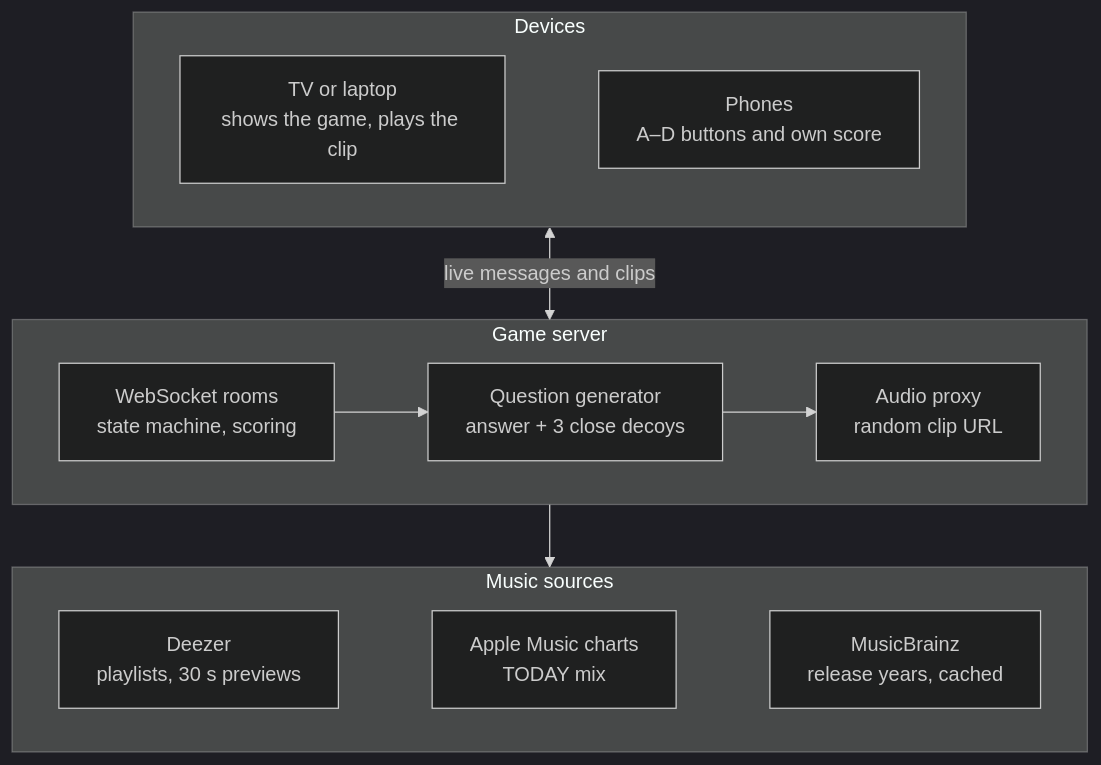
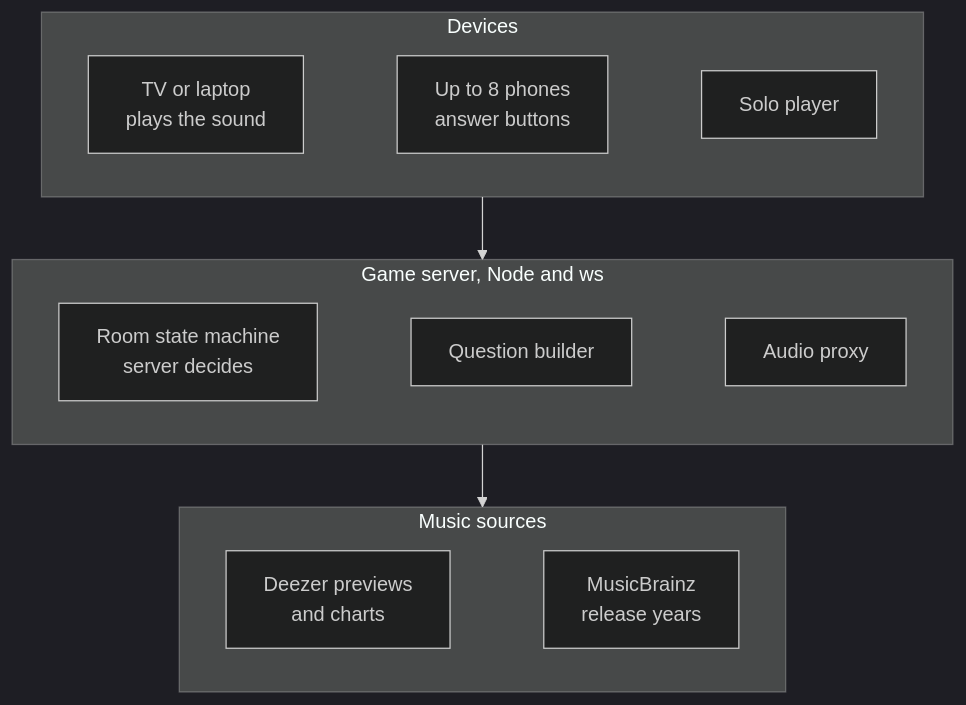
Before and after one commit to bhnsadhu/replay: the diagram in README.md, drawn with Mermaid (dark theme). The commit also changed other lines of this file, not shown here.

````diff
--- a/README.md
+++ b/README.md
@@ -45,22 +40,17 @@
 ```mermaid
 flowchart TD
-  subgraph dev["Devices"]
+  subgraph devices["Devices"]
     direction LR
-    tv["TV or laptop<br/>shows the game, plays the clip"]
-    ph["Phones<br/>A–D buttons and own score"]
-    tv ~~~ ph
+    tv["TV or laptop<br/>plays the sound"] ~~~ phones["Up to 8 phones<br/>answer buttons"] ~~~ solo["Solo player"]
   end
-  subgraph srv["Game server"]
+  subgraph server["Game server, Node and ws"]
     direction LR
-    ws["WebSocket rooms<br/>state machine, scoring"] --> q["Question generator<br/>answer + 3 close decoys"] --> audio["Audio proxy<br/>random clip URL"]
+    rooms["Room state machine<br/>server decides"] ~~~ q["Question builder"] ~~~ audio["Audio proxy"]
   end
-  subgraph music["Music sources"]
+  subgraph src["Music sources"]
     direction LR
-    deezer["Deezer<br/>playlists, 30 s previews"]
-    apple["Apple Music charts<br/>TODAY mix"]
-    mb["MusicBrainz<br/>release years, cached"]
-    deezer ~~~ apple ~~~ mb
+    deezer["Deezer previews<br/>and charts"] ~~~ mb["MusicBrainz<br/>release years"]
   end
-  dev <-->|"live messages and clips"| srv
-  srv --> music
+  devices --> server
+  server --> src
 ```
````
